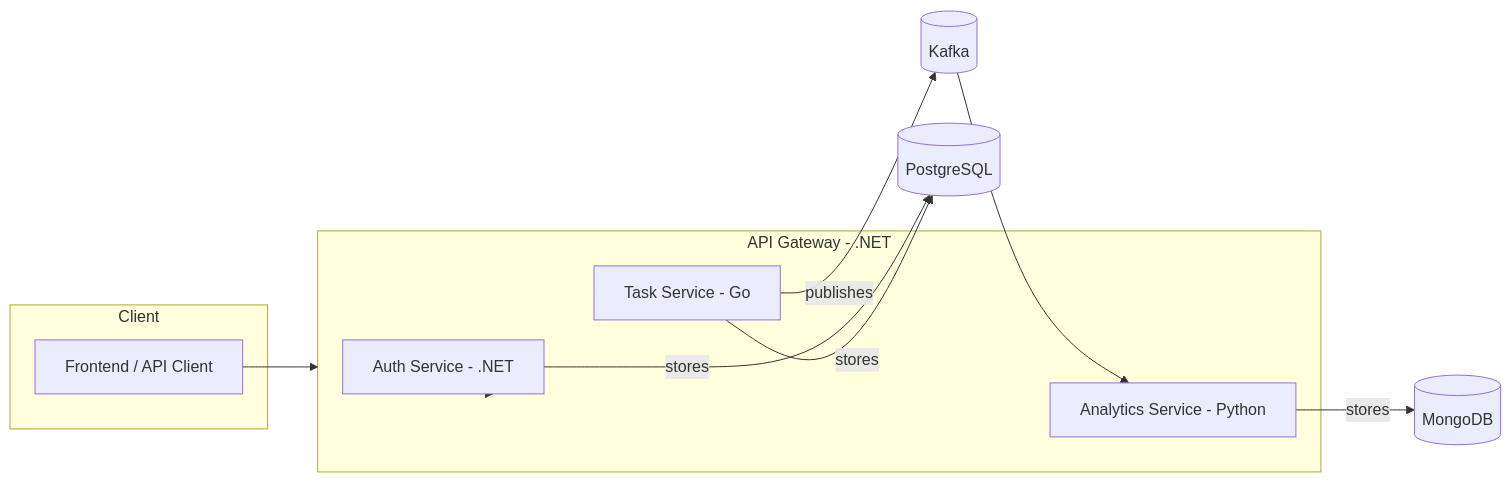
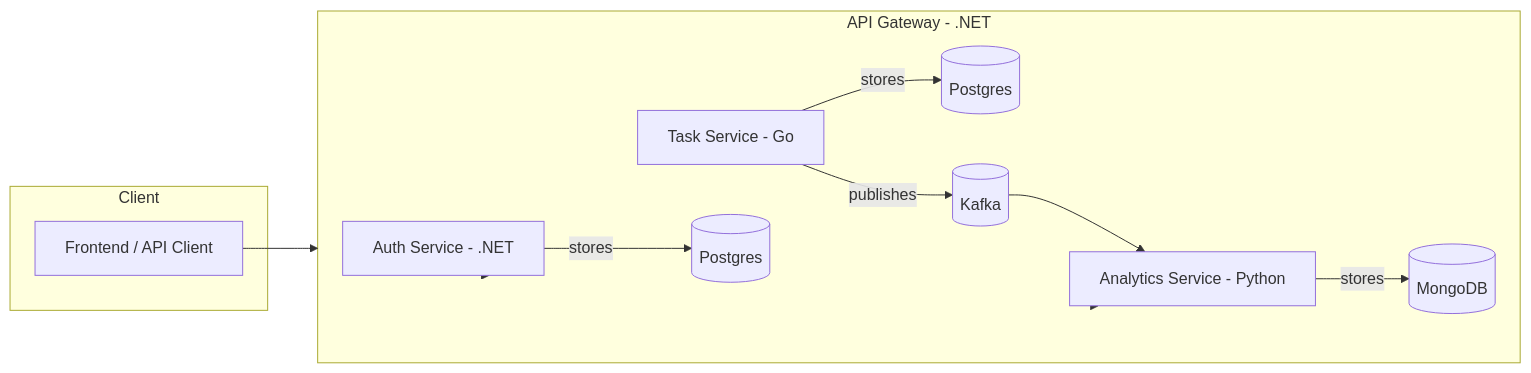
Before and after one commit to TopSwagCode/polyglot-microservices: the diagram in README.md, drawn with Mermaid. The commit also changed other lines of this file and 1 other file, not shown here.

````diff
--- a/README.md
+++ b/README.md
@@ -17,24 +17,24 @@
 ``` mermaid
 flowchart LR
     subgraph Client
         UI[Frontend / API Client]
     end
 
     subgraph Gateway[API Gateway - .NET]
         AUTH[Auth Service - .NET]
         TASKS[Task Service - Go]
         ANALYTICS[Analytics Service - Python]
+        AUTH -->|stores| PGA[(Postgres)]
+        TASKS -->|stores| PGB[(Postgres)]
+        TASKS -->|publishes| MQ[(Kafka)]
+        MQ --> ANALYTICS
+        ANALYTICS -->|stores| MDB[(MongoDB)]
     end
 
     UI --> Gateway
 
     Gateway --> AUTH
     Gateway --> TASKS
     Gateway --> ANALYTICS
 
-    AUTH -->|stores| PG[(PostgreSQL)]
-    TASKS -->|stores| PG
-    TASKS -->|publishes| MQ[(Kafka)]
-    MQ --> ANALYTICS
-    ANALYTICS -->|stores| MDB[(MongoDB)]
 ```
````
